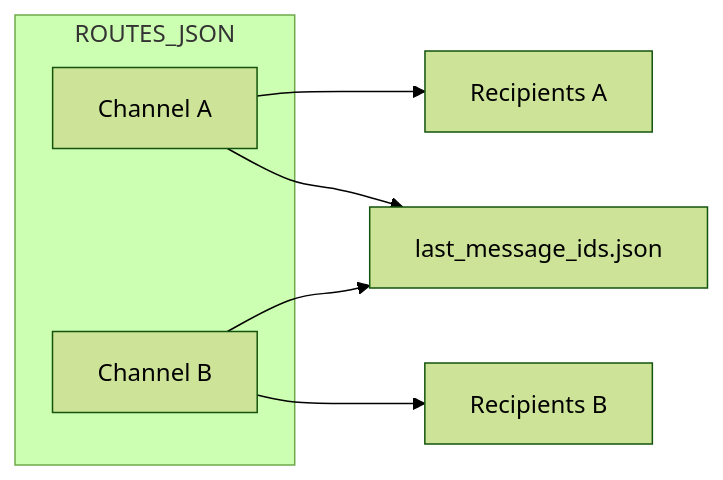
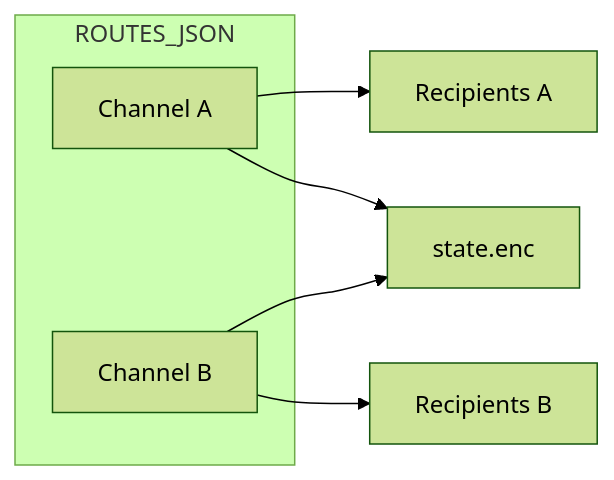
The diagram in README.md (iamurali/telegram-auto-forwarder-bot), drawn with Mermaid (forest theme) before and after one commit. The commit also changed other lines of this file and 3 other files, not shown here.

````diff
--- a/README.md
+++ b/README.md
@@ -13,11 +13,11 @@
 ```mermaid
 flowchart LR
   subgraph routes [ROUTES_JSON]
     R1[Channel A]
     R2[Channel B]
   end
   R1 --> RecipientsA[Recipients A]
   R2 --> RecipientsB[Recipients B]
-  R1 --> State[last_message_ids.json]
+  R1 --> State[state.enc]
   R2 --> State
 ```
````
